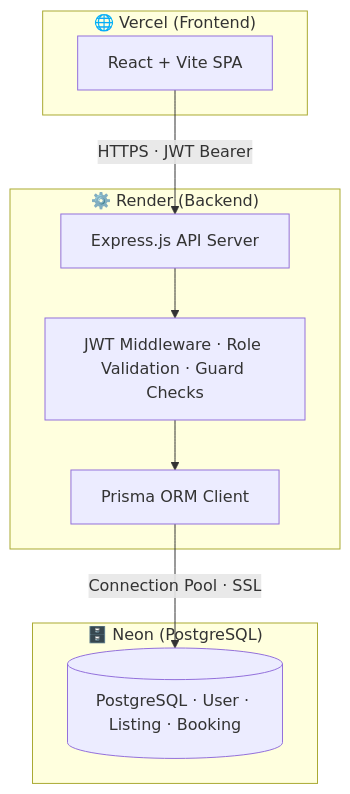
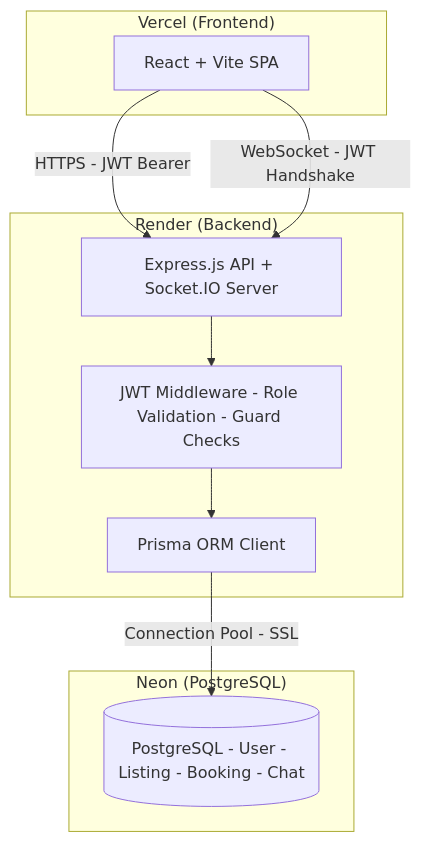
One commit to vedchoraria/Campus-Rent changed the first of 2 diagrams in README.md. Above: the diagram before and after it, drawn with Mermaid. The commit also changed other lines of this file, not shown here.

````diff
--- a/README.md
+++ b/README.md
@@ -127,20 +145,21 @@
 ```mermaid
 graph TD
-    subgraph Vercel["🌐 Vercel (Frontend)"]
+    subgraph Vercel["Vercel (Frontend)"]
         FE["React + Vite SPA"]
     end
 
-    subgraph Render["⚙️ Render (Backend)"]
-        API["Express.js API Server"]
-        MW["JWT Middleware · Role Validation · Guard Checks"]
+    subgraph Render["Render (Backend)"]
+        API["Express.js API + Socket.IO Server"]
+        MW["JWT Middleware - Role Validation - Guard Checks"]
         PRM["Prisma ORM Client"]
         API --> MW --> PRM
     end
 
-    subgraph Neon["🗄️ Neon (PostgreSQL)"]
-        DB[("PostgreSQL · User · Listing · Booking")]
+    subgraph Neon["Neon (PostgreSQL)"]
+        DB[("PostgreSQL - User - Listing - Booking - Chat")]
     end
 
-    FE -->|"HTTPS · JWT Bearer"| API
-    PRM -->|"Connection Pool · SSL"| DB
+    FE -->|"HTTPS - JWT Bearer"| API
+    FE -->|"WebSocket - JWT Handshake"| API
+    PRM -->|"Connection Pool - SSL"| DB
 ```
````
